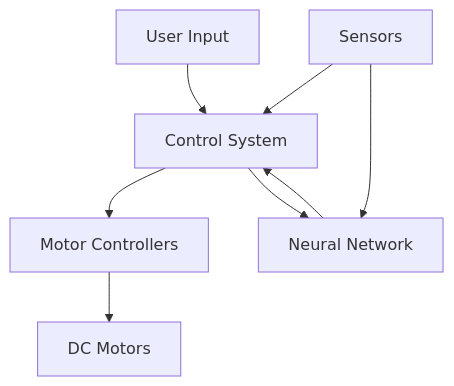
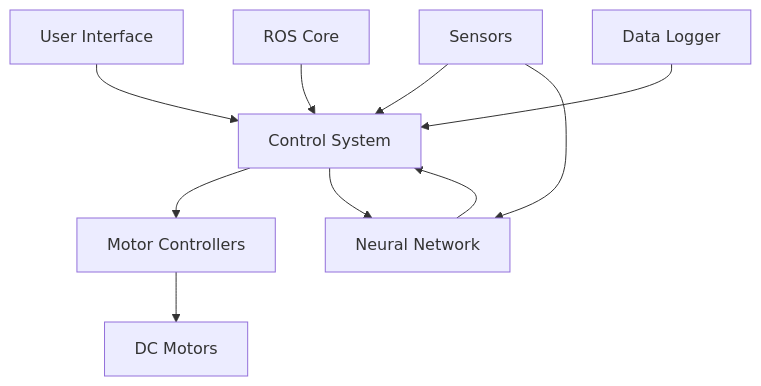
One commit to khairul-me/NeuroSpider-Neural-Enhanced-Spider-Robot-Control-System changed the first of 3 diagrams in README.md. Above: the diagram before and after it, drawn with Mermaid. The commit also changed other lines of this file, not shown here.

````diff
--- a/README.md
+++ b/README.md
@@ -43,10 +79,12 @@
 ```mermaid
 graph TD
-    A[User Input] --> B[Control System]
+    A[User Interface] --> B[Control System]
     B --> C[Motor Controllers]
     B --> D[Neural Network]
     E[Sensors] --> B
     C --> F[DC Motors]
     D --> B
     E --> D
+    G[ROS Core] --> B
+    H[Data Logger] --> B
 ```
````
